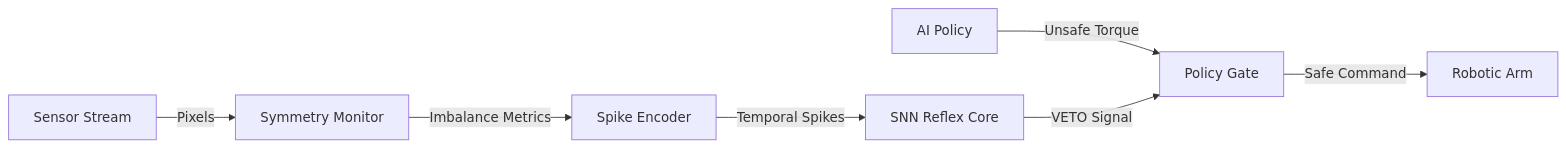
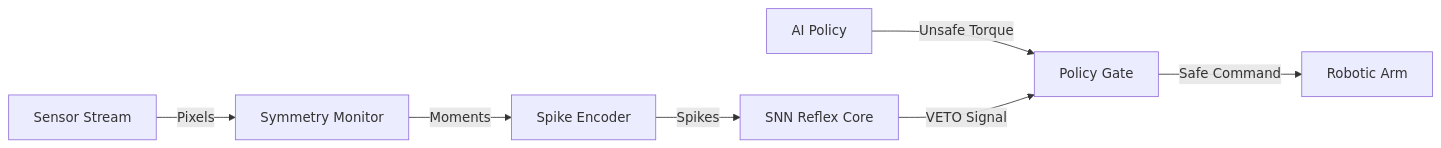
One commit to faazill/Reflex-Control-FPGA changed the diagram in README.md. Above: the diagram before and after it, drawn with Mermaid. The commit also changed other lines of this file and 2 other files, not shown here.

````diff
--- a/README.md
+++ b/README.md
@@ -27,10 +19,10 @@
 ```mermaid
 graph LR
-    Input[Sensor Stream] -->|Pixels| Monitor[Symmetry Monitor]
-    Monitor -->|Imbalance Metrics| Encoder[Spike Encoder]
-    Encoder -->|Temporal Spikes| SNN[SNN Reflex Core]
+    Sensors[Sensor Stream] -->|Pixels| Monitor[Symmetry Monitor]
+    Monitor -->|Moments| Encoder[Spike Encoder]
+    Encoder -->|Spikes| SNN[SNN Reflex Core]
     
     AI[AI Policy] -->|Unsafe Torque| Gate[Policy Gate]
     SNN -->|VETO Signal| Gate
     Gate -->|Safe Command| Motor[Robotic Arm]
 ```
````
